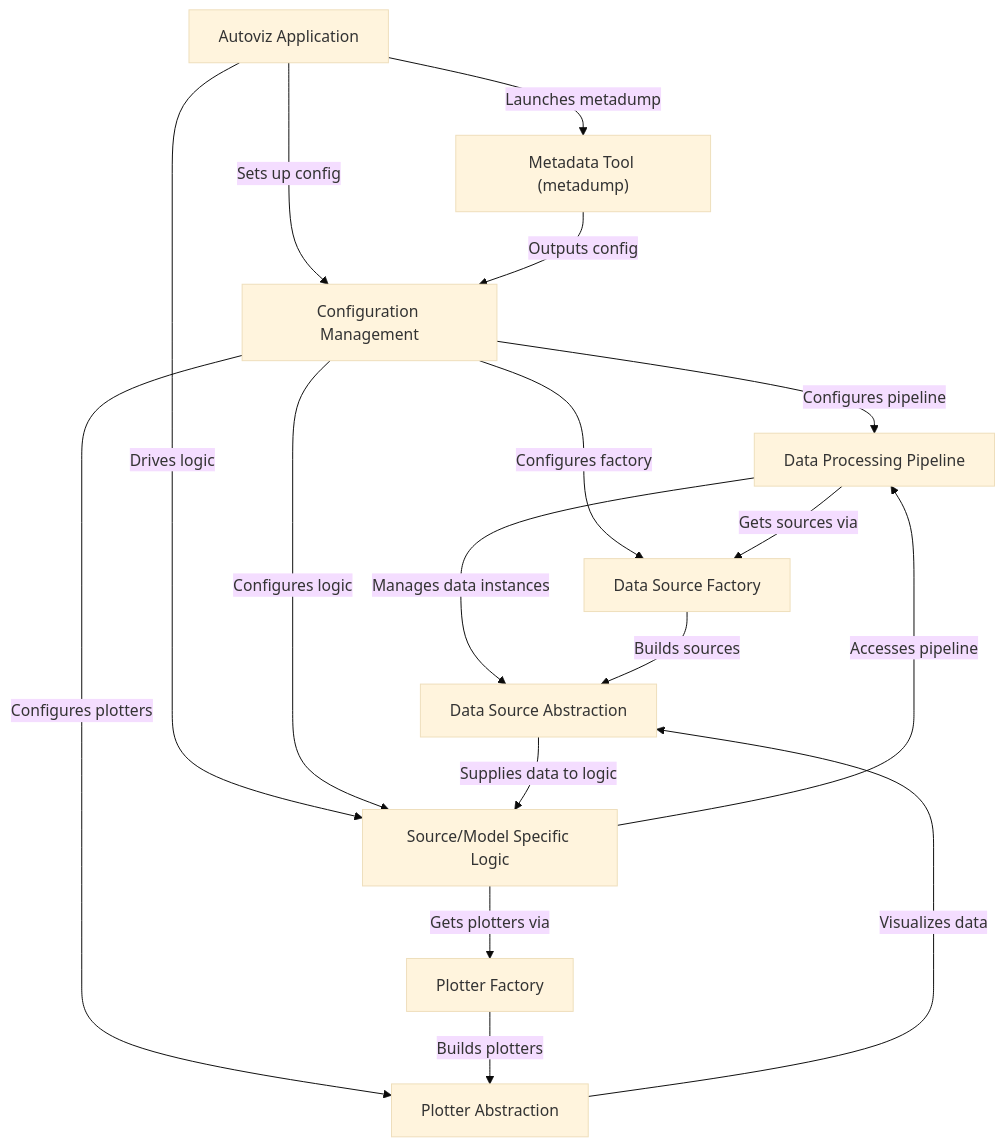
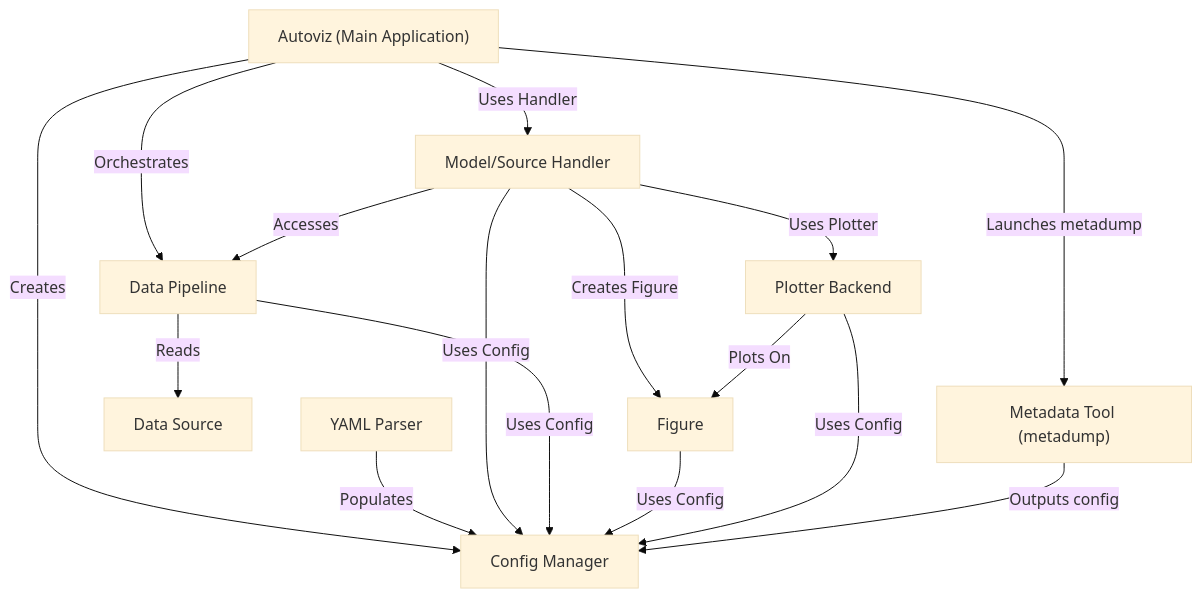
The diagram in docs/tutorial/index.md (cacruz/eviz-dev), drawn with Mermaid (base theme) before and after one commit. The commit also changed other lines of this file and 18 other files, not shown here.

````diff
--- a/docs/tutorial/index.md
+++ b/docs/tutorial/index.md
@@ -11,37 +13,36 @@
 ```{mermaid}
 flowchart TD
-    A0["Configuration Management
+    A0["Config Manager
 "]
-    A1["Data Source Abstraction
+    A1["YAML Parser
 "]
-    A2["Data Source Factory
+    A2["Data Source
 "]
-    A3["Data Processing Pipeline
+    A3["Data Pipeline
 "]
-    A4["Source/Model Specific Logic
+    A4["Model/Source Handler
 "]
-    A5["Plotter Abstraction
+    A5["Figure
 "]
-    A6["Plotter Factory
+    A6["Plotter Backend
 "]
-    A7["Autoviz Application
+    A7["Autoviz (Main Application)
 "]
     A8["Metadata Tool (metadump)
 "]
-    A7 -- "Sets up config" --> A0
-    A7 -- "Drives logic" --> A4
+    A7 -- "Creates" --> A0
+    A1 -- "Populates" --> A0
+    A4 -- "Uses Config" --> A0
+    A3 -- "Uses Config" --> A0
+    A5 -- "Uses Config" --> A0
+    A6 -- "Uses Config" --> A0
+    A3 -- "Reads" --> A2
+    A7 -- "Orchestrates" --> A3
+    A4 -- "Accesses" --> A3
+    A7 -- "Uses Handler" --> A4
+    A4 -- "Creates Figure" --> A5
+    A6 -- "Plots On" --> A5
+    A4 -- "Uses Plotter" --> A6
     A7 -- "Launches metadump" --> A8
-    A0 -- "Configures pipeline" --> A3
-    A0 -- "Configures factory" --> A2
-    A0 -- "Configures logic" --> A4
-    A0 -- "Configures plotters" --> A5
-    A3 -- "Manages data instances" --> A1
-    A3 -- "Gets sources via" --> A2
-    A2 -- "Builds sources" --> A1
-    A4 -- "Accesses pipeline" --> A3
-    A4 -- "Gets plotters via" --> A6
-    A6 -- "Builds plotters" --> A5
     A8 -- "Outputs config" --> A0
-    A1 -- "Supplies data to logic" --> A4
-    A5 -- "Visualizes data" --> A1
 ```
````
